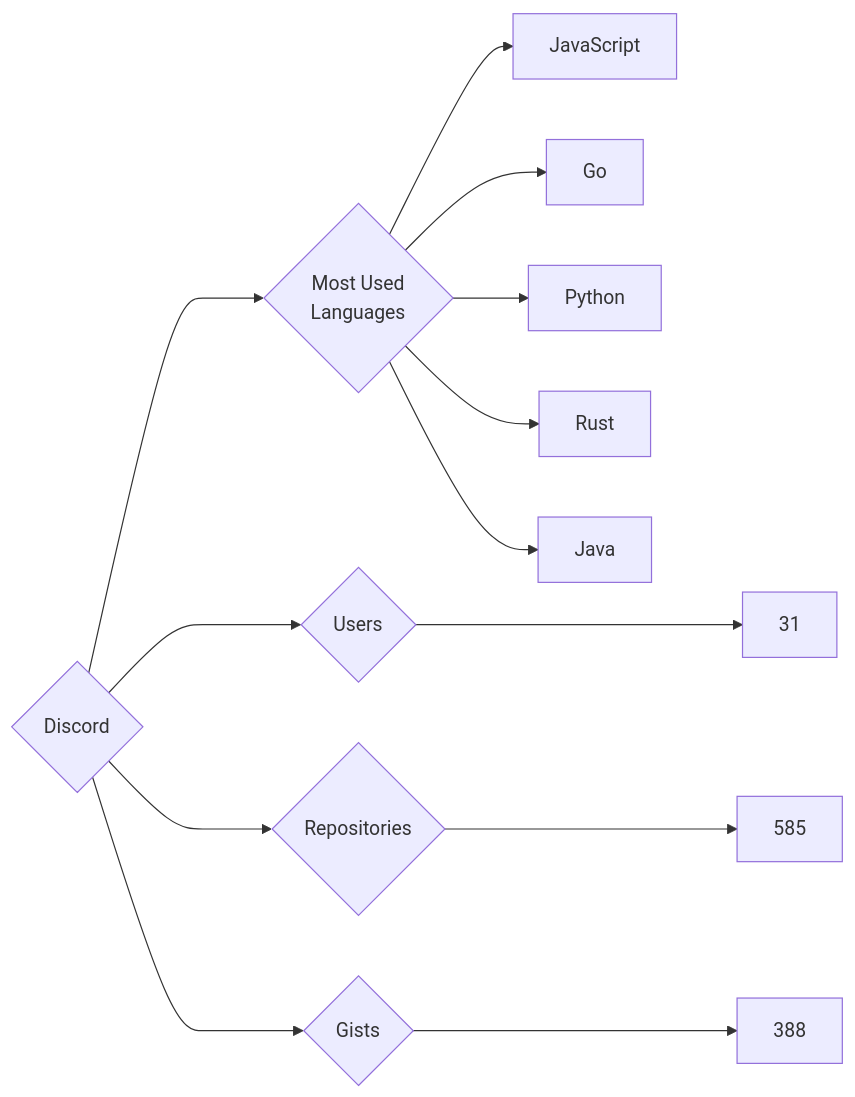
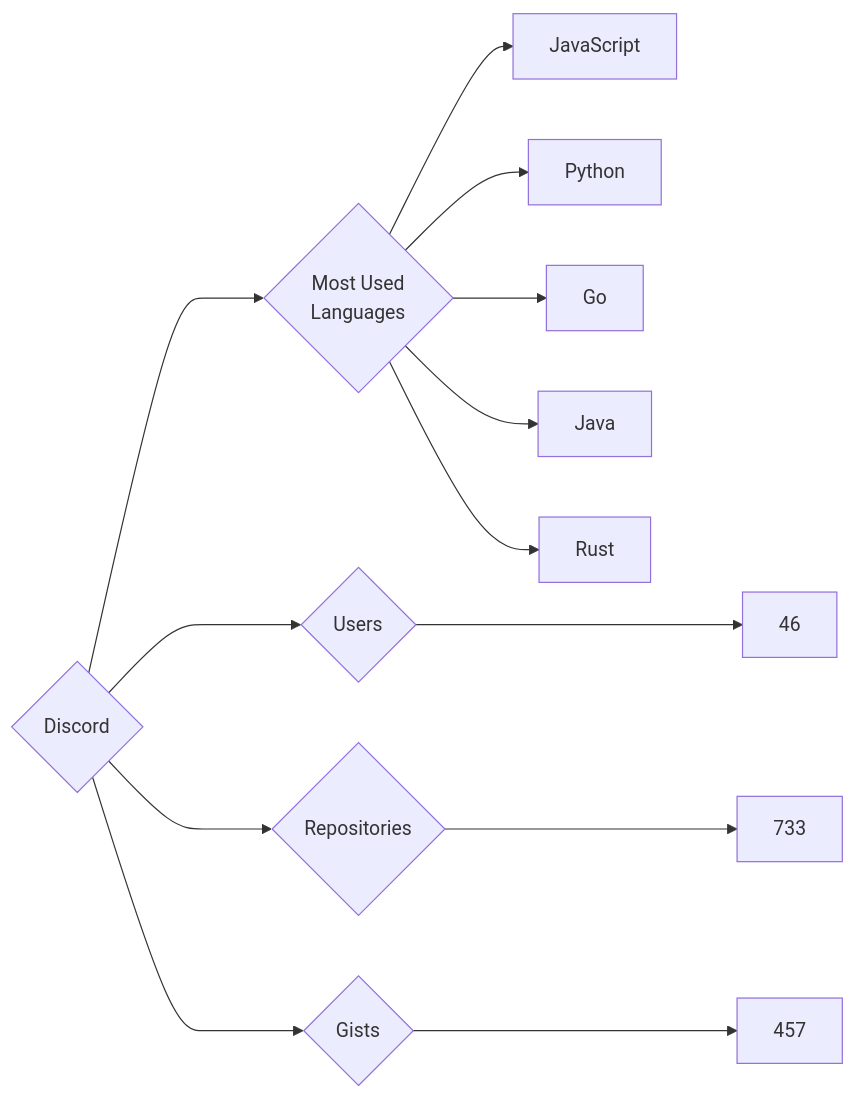
The diagram in targets/Discord/README.md (trickest/insiders), drawn with Mermaid before and after one commit. The commit also changed 873 other files, not shown here.

````diff
--- a/targets/Discord/README.md
+++ b/targets/Discord/README.md
@@ -3,13 +3,13 @@
 ```mermaid
 graph LR
 COMPANY_NAME{Discord}
-COMPANY_NAME ---> U{Users} ---> UN[31]
-COMPANY_NAME ---> R{Repositories} ---> RN[585]
-COMPANY_NAME ---> G{Gists} ---> GN[388]
+COMPANY_NAME ---> U{Users} ---> UN[46]
+COMPANY_NAME ---> R{Repositories} ---> RN[733]
+COMPANY_NAME ---> G{Gists} ---> GN[457]
 COMPANY_NAME ---> ML{Most Used<br>Languages}
 ML --> JavaScript[JavaScript]
+ML --> Python[Python]
 ML --> Go[Go]
-ML --> Python[Python]
+ML --> Java[Java]
 ML --> Rust[Rust]
-ML --> Java[Java]
 ```
````
